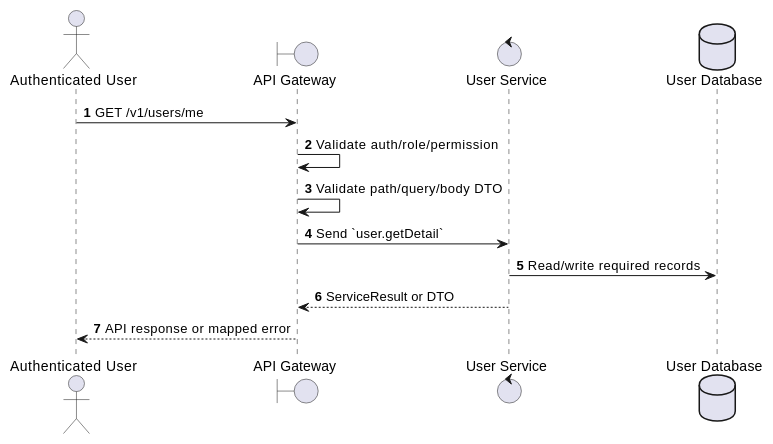
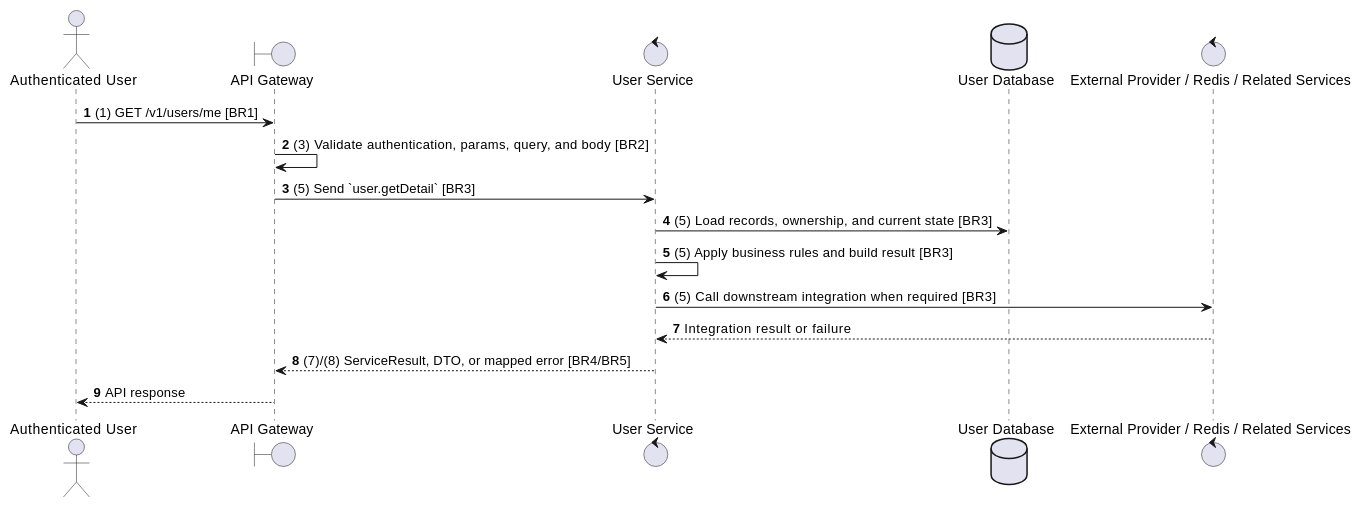
One commit to Tanh1603/movie-hub-architecture changed the second of 2 diagrams in docs/functional_specs/3.1_User_Management/UM-03_Get_User_Profile.md. Above: the diagram before and after it, drawn with PlantUML. The commit also changed other lines of this file and 129 other files, not shown here.

````diff
--- a/docs/functional_specs/3.1_User_Management/UM-03_Get_User_Profile.md
+++ b/docs/functional_specs/3.1_User_Management/UM-03_Get_User_Profile.md
@@ -17,17 +64,20 @@
 ```plantuml
 @startuml
 autonumber
 actor "Authenticated User" as Actor
 boundary "API Gateway" as GW
 control "User Service" as SVC
 database "User Database" as DB
+control "External Provider / Redis / Related Services" as EXT
 
-Actor -> GW: GET /v1/users/me
-GW -> GW: Validate auth/role/permission
-GW -> GW: Validate path/query/body DTO
-GW -> SVC: Send `user.getDetail`
-SVC -> DB: Read/write required records
-SVC --> GW: ServiceResult or DTO
-GW --> Actor: API response or mapped error
+Actor -> GW: (1) GET /v1/users/me [BR1]
+GW -> GW: (3) Validate authentication, params, query, and body [BR2]
+GW -> SVC: (5) Send `user.getDetail` [BR3]
+SVC -> DB: (5) Load records, ownership, and current state [BR3]
+SVC -> SVC: (5) Apply business rules and build result [BR3]
+SVC -> EXT: (5) Call downstream integration when required [BR3]
+EXT --> SVC: Integration result or failure
+SVC --> GW: (7)/(8) ServiceResult, DTO, or mapped error [BR4/BR5]
+GW --> Actor: API response
 @enduml
 ```
````
